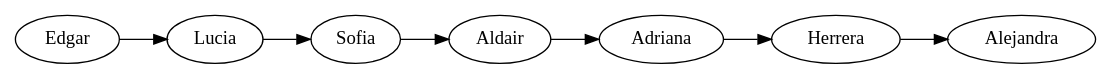
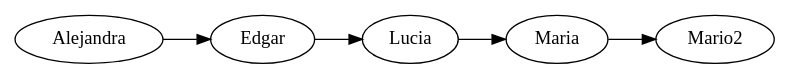
The diagram in InOrder.dot (EH0809/EDD_2S2019_PY1_201520498), drawn with Graphviz before and after one commit.

```diff
--- a/InOrder.dot
+++ b/InOrder.dot
@@ -1,2 +1,2 @@
 digraph G { rankdir = "LR" 
-Edgar->Lucia->Sofia->Aldair->Adriana->Herrera->Alejandra}
+Alejandra->Edgar->Lucia->Maria->Mario2}
```
